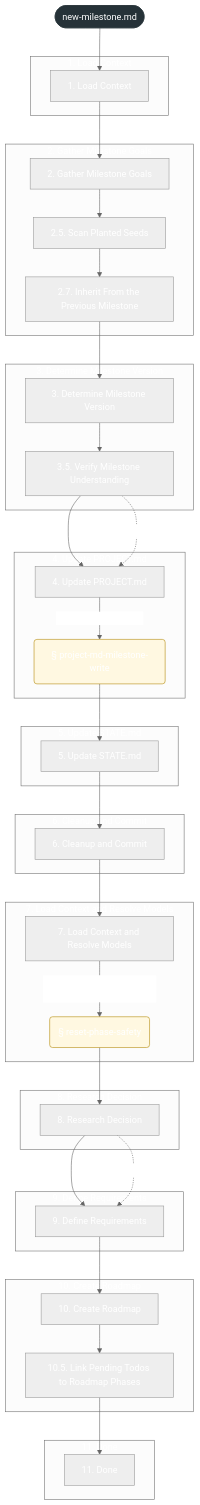
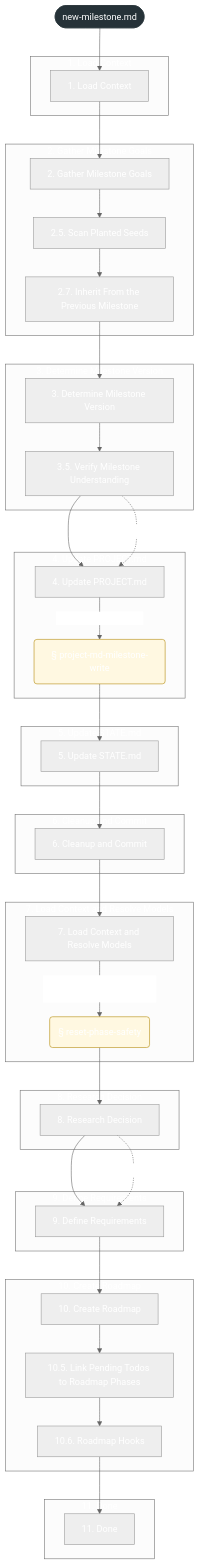
One commit to Govorin/gsd-core changed the first of 2 diagrams in docs/reference/workflow-maps/new-milestone.md. Above: the diagram before and after it, drawn with Mermaid (neutral theme). The commit also changed other lines of this file and 7 other files, not shown here.

````diff
--- a/docs/reference/workflow-maps/new-milestone.md
+++ b/docs/reference/workflow-maps/new-milestone.md
@@ -15,72 +15,74 @@
 ```mermaid
 flowchart TB
   subgraph g_1["1. Load Context"]
     u_heading_1__Load_Context["1. Load Context"]
   end
   subgraph g_2["2. Gather Milestone Goals"]
     u_heading_2__Gather_Milestone_Goals["2. Gather Milestone Goals"]
     u_heading_2_5__Scan_Planted_Seeds["2.5. Scan Planted Seeds"]
     u_heading_2_7__Inherit_From_the_Previous_Milestone["2.7. Inherit From the Previous Milestone"]
   end
   subgraph g_3["3. Determine Milestone Version"]
     u_heading_3__Determine_Milestone_Version["3. Determine Milestone Version"]
     u_heading_3_5__Verify_Milestone_Understanding["3.5. Verify Milestone Understanding"]
   end
   subgraph g_4["4. Update PROJECT.md"]
     u_heading_4__Update_PROJECT_md["4. Update PROJECT.md"]
     u_section_project_md_milestone_write("§ project-md-milestone-write"):::conditional
   end
   subgraph g_5["5. Update STATE.md"]
     u_heading_5__Update_STATE_md["5. Update STATE.md"]
   end
   subgraph g_6["6. Cleanup and Commit"]
     u_heading_6__Cleanup_and_Commit["6. Cleanup and Commit"]
   end
   subgraph g_7["7. Load Context and Resolve Models"]
     u_heading_7__Load_Context_and_Resolve_Models["7. Load Context and Resolve Models"]
     u_section_reset_phase_safety("§ reset-phase-safety"):::conditional
   end
   subgraph g_8["8. Research Decision"]
     u_heading_8__Research_Decision["8. Research Decision"]
   end
   subgraph g_9["9. Define Requirements"]
     u_heading_9__Define_Requirements["9. Define Requirements"]
   end
   subgraph g_10["10. Create Roadmap"]
     u_heading_10__Create_Roadmap["10. Create Roadmap"]
     u_heading_10_5__Link_Pending_Todos_to_Roadmap_Phases["10.5. Link Pending Todos to Roadmap Phases"]
+    u_heading_10_6__Roadmap_Hooks["10.6. Roadmap Hooks"]
   end
   subgraph g_11["11. Done"]
     u_heading_11__Done["11. Done"]
   end
   wf_root(["new-milestone.md"]):::root
   wf_root --> u_heading_1__Load_Context
   u_heading_1__Load_Context --> u_heading_2__Gather_Milestone_Goals
   u_heading_2__Gather_Milestone_Goals --> u_heading_2_5__Scan_Planted_Seeds
   u_heading_2_5__Scan_Planted_Seeds --> u_heading_2_7__Inherit_From_the_Previous_Milestone
   u_heading_2_7__Inherit_From_the_Previous_Milestone --> u_heading_3__Determine_Milestone_Version
   u_heading_3__Determine_Milestone_Version --> u_heading_3_5__Verify_Milestone_Understanding
   u_heading_3_5__Verify_Milestone_Understanding --> u_heading_4__Update_PROJECT_md
   u_heading_4__Update_PROJECT_md -->|"when#58; state#58;flat-mode"| u_section_project_md_milestone_write
   u_section_project_md_milestone_write --> u_heading_5__Update_STATE_md
   u_heading_5__Update_STATE_md --> u_heading_6__Cleanup_and_Commit
   u_heading_6__Cleanup_and_Commit --> u_heading_7__Load_Context_and_Resolve_Models
   u_heading_7__Load_Context_and_Resolve_Models -->|"when#58; flag#58;#45;#45;reset-phase-numbers"| u_section_reset_phase_safety
   u_section_reset_phase_safety --> u_heading_8__Research_Decision
   u_heading_8__Research_Decision --> u_heading_9__Define_Requirements
   u_heading_9__Define_Requirements --> u_heading_10__Create_Roadmap
   u_heading_10__Create_Roadmap --> u_heading_10_5__Link_Pending_Todos_to_Roadmap_Phases
-  u_heading_10_5__Link_Pending_Todos_to_Roadmap_Phases --> u_heading_11__Done
+  u_heading_10_5__Link_Pending_Todos_to_Roadmap_Phases --> u_heading_10_6__Roadmap_Hooks
+  u_heading_10_6__Roadmap_Hooks --> u_heading_11__Done
   u_heading_3_5__Verify_Milestone_Understanding -.->|"goto"| u_heading_4__Update_PROJECT_md
   u_heading_8__Research_Decision -.->|"goto"| u_heading_9__Define_Requirements
   classDef missing fill:#fdecea,stroke:#d33,stroke-dasharray:4 3
   classDef unparsed fill:#f5f5f5,stroke:#999999,stroke-dasharray:4 3,color:#555
   classDef conditional fill:#fff8e1,stroke:#b28704
   classDef root fill:#263238,color:#ffffff,stroke:#263238
   classDef agent fill:#e8f0fe,stroke:#3367d6
   classDef builtin fill:#eeeeee,stroke:#777777
   classDef capability fill:#e6f4ea,stroke:#2e7d32
   classDef dynamic fill:#f2f2f2,stroke:#888,stroke-dasharray:2 2
   classDef point fill:#f3e8fd,stroke:#8e24aa
   classDef workflow fill:#ffffff,stroke:#555555
 ```
````
